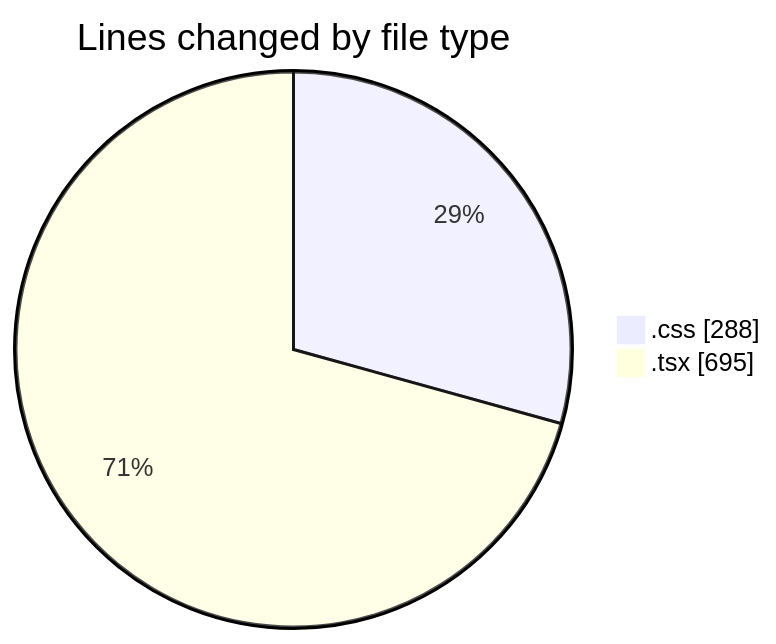
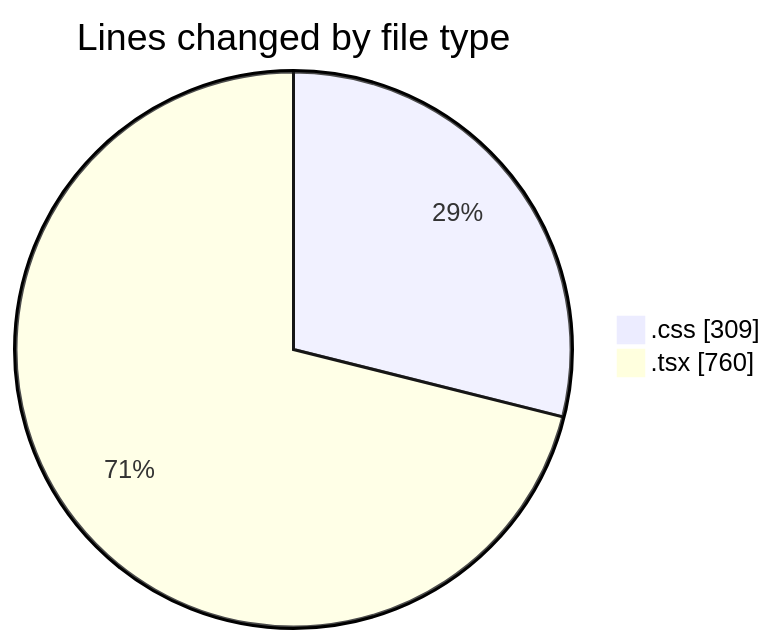
The first of 2 diagrams in 2025-07-11/playgram-motion-arena-main/README.md (JenPaints/code-tracking), drawn with Mermaid before and after one commit. The commit also changed other lines of this file and 1 other file, not shown here.

````diff
--- a/2025-07-11/playgram-motion-arena-main/README.md
+++ b/2025-07-11/playgram-motion-arena-main/README.md
@@ -25,6 +25,6 @@
 ```mermaid
 pie showData
 title Lines changed by file type
-".css" : 288
-".tsx" : 695
+".css" : 309
+".tsx" : 760
 ```
````
